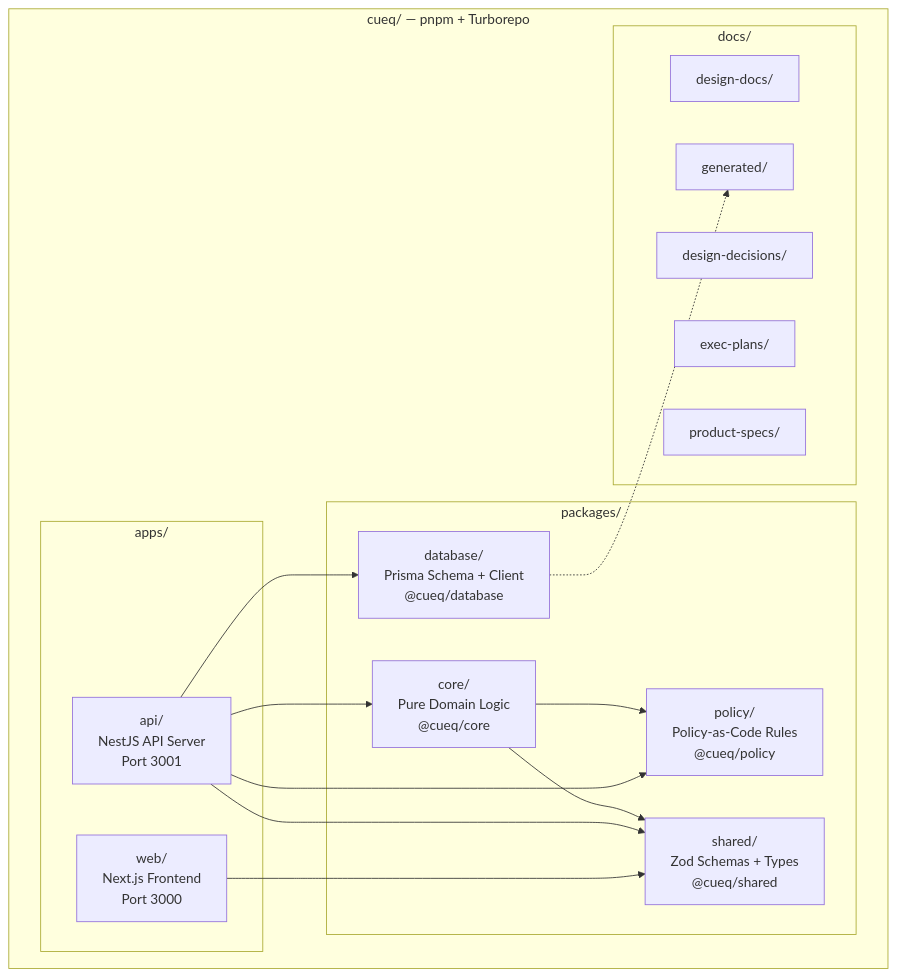
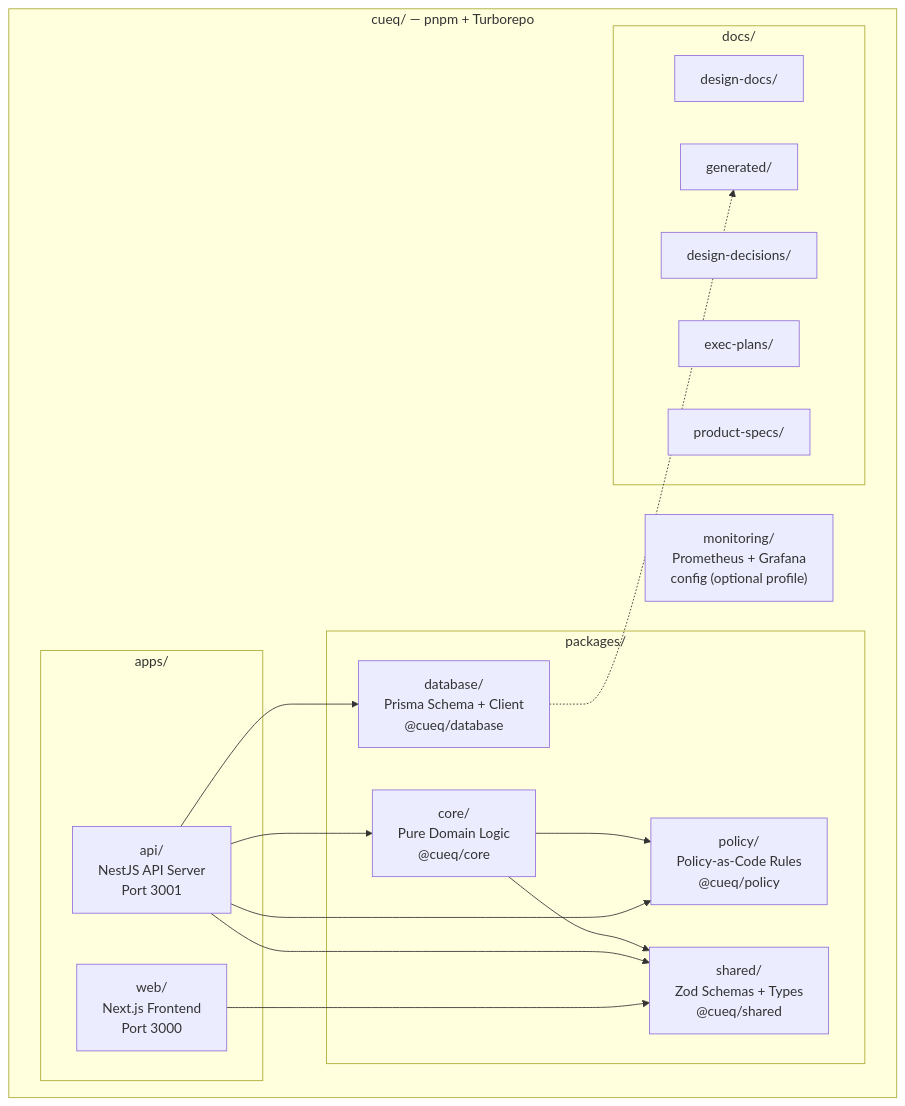
One commit to sebastianspicker/cueq changed the fourth of 6 diagrams in README.md. Above: the diagram before and after it, drawn with Mermaid. The commit also changed other lines of this file and 165 other files, not shown here.

````diff
--- a/README.md
+++ b/README.md
@@ -136,33 +138,35 @@
 ```mermaid
 graph TD
     subgraph Monorepo ["cueq/ — pnpm + Turborepo"]
         subgraph Apps ["apps/"]
             API["api/<br/>NestJS API Server<br/>Port 3001"]
             WEB["web/<br/>Next.js Frontend<br/>Port 3000"]
         end
 
         subgraph Packages ["packages/"]
             CORE["core/<br/>Pure Domain Logic<br/>@cueq/core"]
             DB["database/<br/>Prisma Schema + Client<br/>@cueq/database"]
             POL["policy/<br/>Policy-as-Code Rules<br/>@cueq/policy"]
             SH["shared/<br/>Zod Schemas + Types<br/>@cueq/shared"]
         end
 
         subgraph Docs ["docs/"]
             DD[design-docs/]
             ADR[design-decisions/]
             EP[exec-plans/]
             PS[product-specs/]
             GEN[generated/]
         end
+
+        MON["monitoring/<br/>Prometheus + Grafana<br/>config (optional profile)"]
     end
 
     API --> DB
     API --> CORE
     CORE --> POL
     CORE --> SH
     API --> POL
     API --> SH
     WEB --> SH
     DB -.-> GEN
 ```
````
